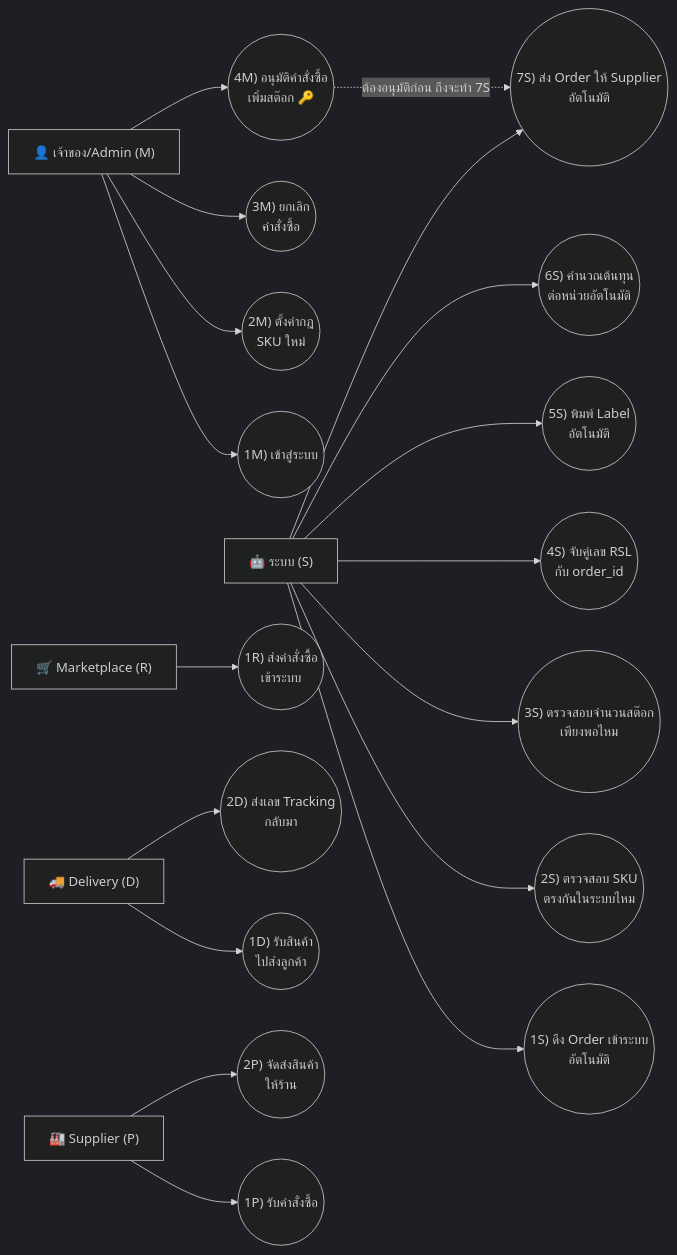
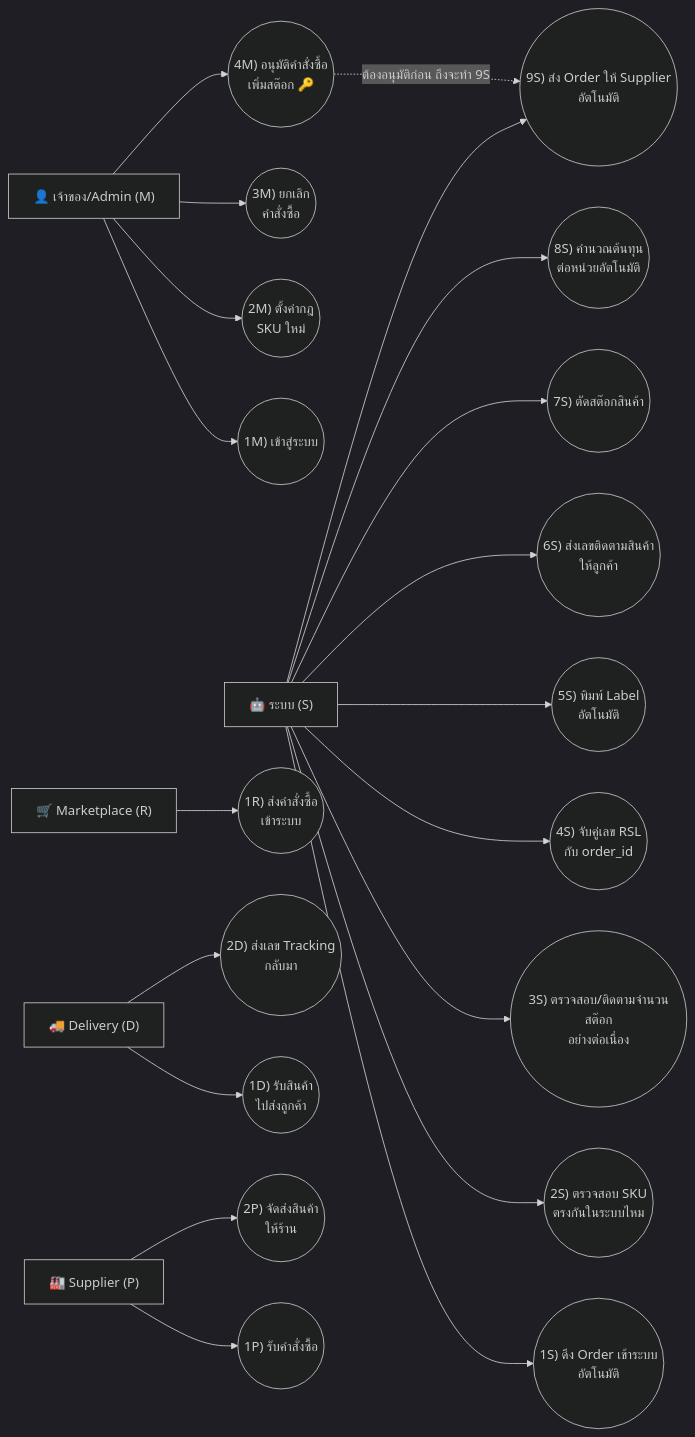
Before and after one commit to xbpkdi/321-sa-proj: the second of 4 diagrams in 02-chapter2-business-process/00-how-to-fix-simple.md, drawn with Mermaid (dark theme). The commit also changed other lines of this file, not shown here.

````diff
--- a/02-chapter2-business-process/00-how-to-fix-simple.md
+++ b/02-chapter2-business-process/00-how-to-fix-simple.md
@@ -83,29 +83,31 @@
 ```mermaid
 graph LR
   M["👤 เจ้าของ/Admin (M)"]
   M --> M1(("1M) เข้าสู่ระบบ"))
   M --> M2(("2M) ตั้งค่ากฎ<br/>SKU ใหม่"))
   M --> M3(("3M) ยกเลิก<br/>คำสั่งซื้อ"))
   M --> M4(("4M) อนุมัติคำสั่งซื้อ<br/>เพิ่มสต๊อก 🔑"))
 
   S["🤖 ระบบ (S)"]
   S --> S1(("1S) ดึง Order เข้าระบบ<br/>อัตโนมัติ"))
   S --> S2(("2S) ตรวจสอบ SKU<br/>ตรงกันในระบบไหม"))
-  S --> S3(("3S) ตรวจสอบจำนวนสต๊อก<br/>เพียงพอไหม"))
+  S --> S3(("3S) ตรวจสอบ/ติดตามจำนวนสต๊อก<br/>อย่างต่อเนื่อง"))
   S --> S4(("4S) จับคู่เลข RSL<br/>กับ order_id"))
   S --> S5(("5S) พิมพ์ Label<br/>อัตโนมัติ"))
-  S --> S6(("6S) คำนวณต้นทุน<br/>ต่อหน่วยอัตโนมัติ"))
-  S --> S7(("7S) ส่ง Order ให้ Supplier<br/>อัตโนมัติ"))
+  S --> S6(("6S) ส่งเลขติดตามสินค้า<br/>ให้ลูกค้า"))
+  S --> S7(("7S) ตัดสต๊อกสินค้า"))
+  S --> S8(("8S) คำนวณต้นทุน<br/>ต่อหน่วยอัตโนมัติ"))
+  S --> S9(("9S) ส่ง Order ให้ Supplier<br/>อัตโนมัติ"))
 
-  M4 -.->|ต้องอนุมัติก่อน ถึงจะทำ 7S| S7
+  M4 -.->|ต้องอนุมัติก่อน ถึงจะทำ 9S| S9
 
   R["🛒 Marketplace (R)"] --> R1(("1R) ส่งคำสั่งซื้อ<br/>เข้าระบบ"))
 
   D["🚚 Delivery (D)"]
   D --> D1(("1D) รับสินค้า<br/>ไปส่งลูกค้า"))
   D --> D2(("2D) ส่งเลข Tracking<br/>กลับมา"))
 
   P["🏭 Supplier (P)"]
   P --> P1(("1P) รับคำสั่งซื้อ"))
   P --> P2(("2P) จัดส่งสินค้า<br/>ให้ร้าน"))
 ```
````
